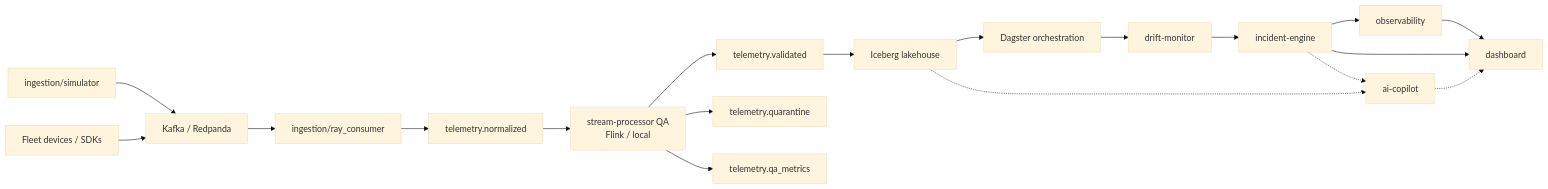
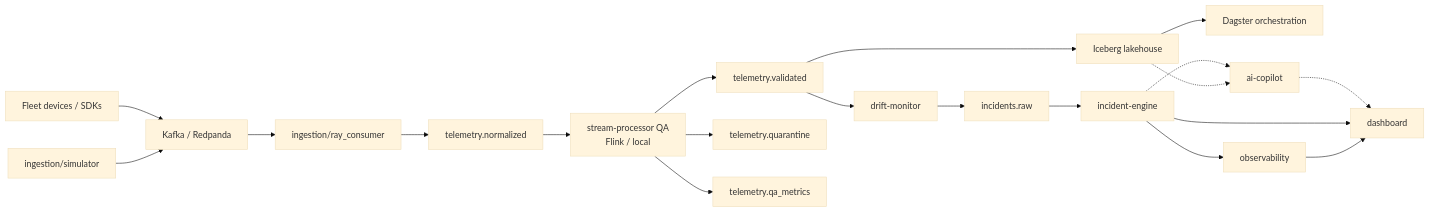
The diagram in README.md (hamidmatiny/Argus), drawn with Mermaid (base theme) before and after one commit. The commit also changed other lines of this file and 18 other files, not shown here.

````diff
--- a/README.md
+++ b/README.md
@@ -7,21 +7,22 @@
 ```mermaid
 flowchart LR
   Sim["ingestion/simulator"] --> Kafka["Kafka / Redpanda"]
   Devices["Fleet devices / SDKs"] --> Kafka
   Kafka --> Ray["ingestion/ray_consumer"]
   Ray --> Norm["telemetry.normalized"]
   Norm --> QA["stream-processor QA<br/>Flink / local"]
   QA --> Val["telemetry.validated"]
   QA --> Quar["telemetry.quarantine"]
   QA --> Metrics["telemetry.qa_metrics"]
   Val --> Iceberg["Iceberg lakehouse"]
+  Val --> Drift["drift-monitor"]
   Iceberg --> Dagster["Dagster orchestration"]
-  Dagster --> Drift["drift-monitor"]
-  Drift --> Incidents["incident-engine"]
+  Drift --> IncRaw["incidents.raw"]
+  IncRaw --> Incidents["incident-engine"]
   Incidents --> OTel["observability"]
   OTel --> UI["dashboard"]
   Incidents --> UI
   Iceberg -.-> Copilot["ai-copilot"]
   Incidents -.-> Copilot
   Copilot -.-> UI
 ```
````
